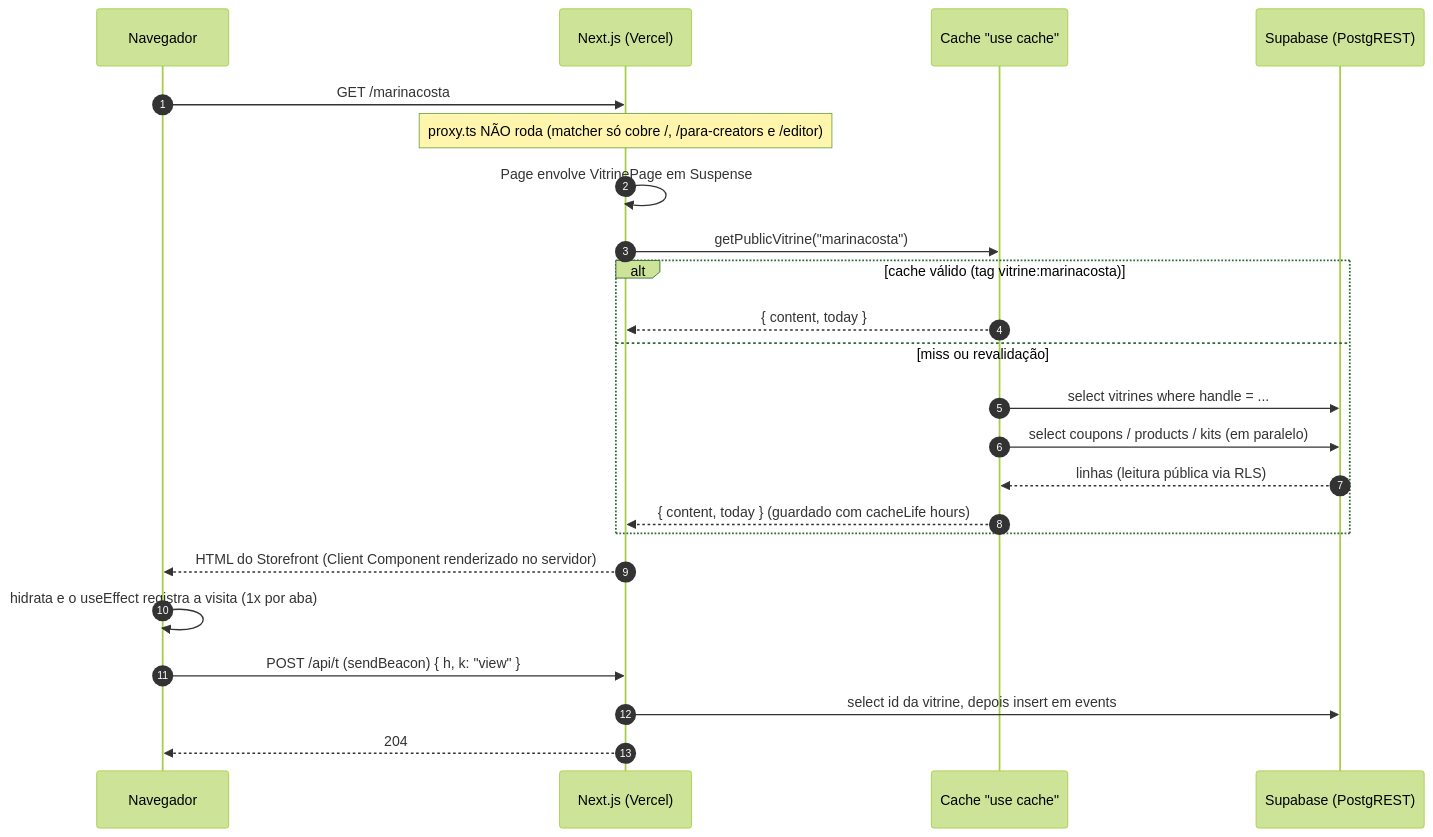
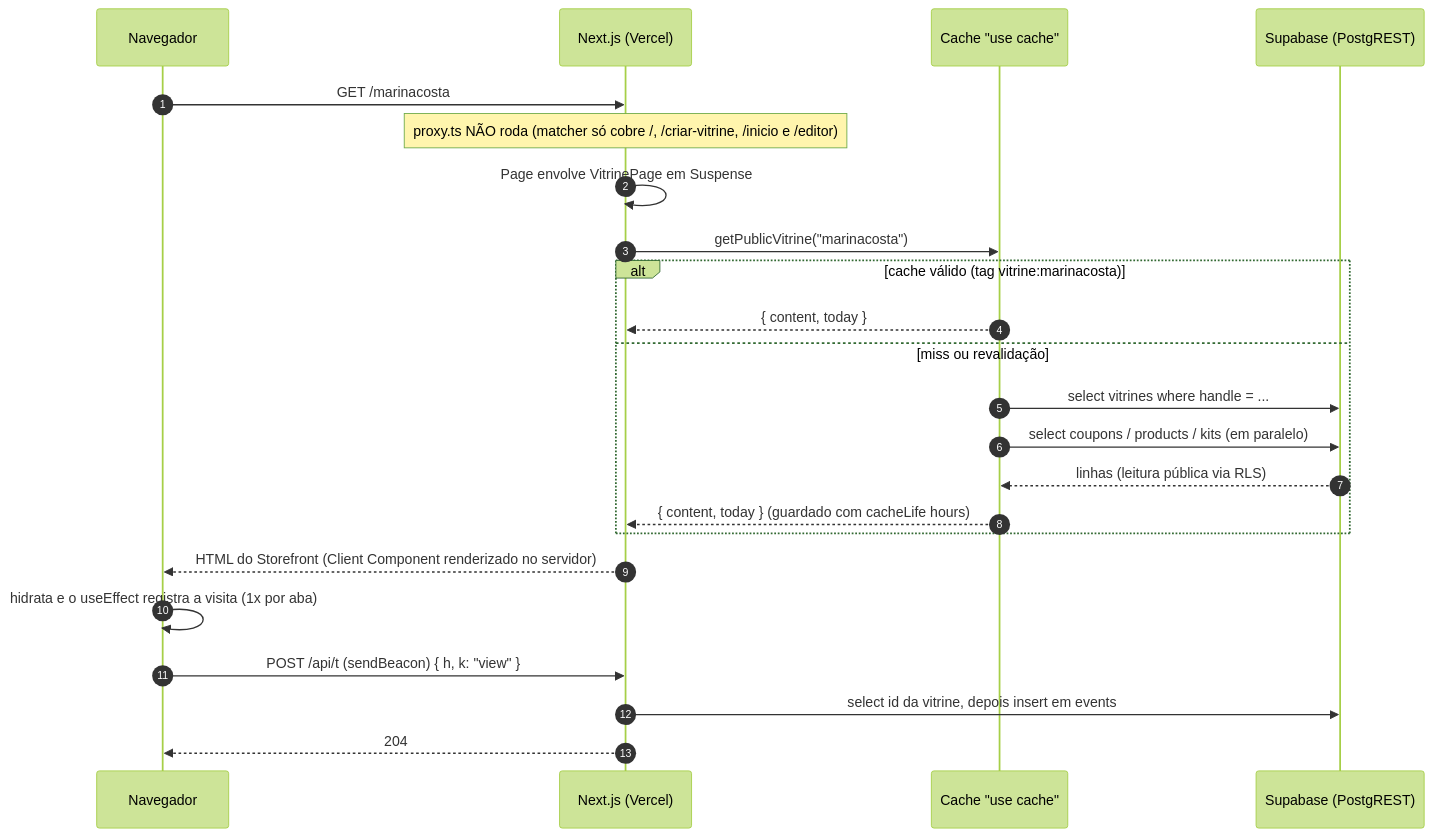
The third of 5 diagrams in docs/architecture.md (estevaons/myvitri), drawn with Mermaid (forest theme) before and after one commit. The commit also changed other lines of this file and 30 other files, not shown here.

````diff
--- a/docs/architecture.md
+++ b/docs/architecture.md
@@ -145,25 +146,25 @@
 ```mermaid
 sequenceDiagram
     autonumber
     participant B as Navegador
     participant N as Next.js (Vercel)
     participant C as Cache "use cache"
     participant S as Supabase (PostgREST)
     B->>N: GET /marinacosta
-    Note over N: proxy.ts NÃO roda (matcher só cobre /, /para-creators e /editor)
+    Note over N: proxy.ts NÃO roda (matcher só cobre /, /criar-vitrine, /inicio e /editor)
     N->>N: Page envolve VitrinePage em Suspense
     N->>C: getPublicVitrine("marinacosta")
     alt cache válido (tag vitrine:marinacosta)
         C-->>N: { content, today }
     else miss ou revalidação
         C->>S: select vitrines where handle = ...
         C->>S: select coupons / products / kits (em paralelo)
         S-->>C: linhas (leitura pública via RLS)
         C-->>N: { content, today } (guardado com cacheLife hours)
     end
     N-->>B: HTML do Storefront (Client Component renderizado no servidor)
     B->>B: hidrata e o useEffect registra a visita (1x por aba)
     B->>N: POST /api/t (sendBeacon) { h, k: "view" }
     N->>S: select id da vitrine, depois insert em events
     N-->>B: 204
 ```
````
